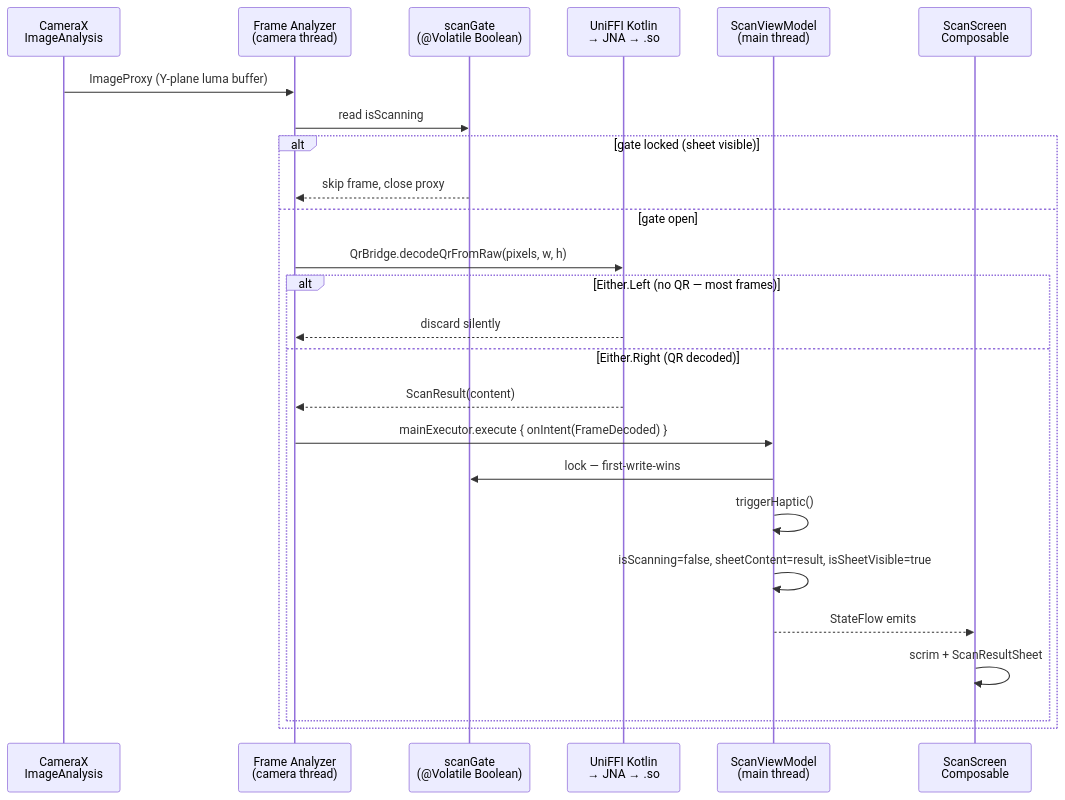
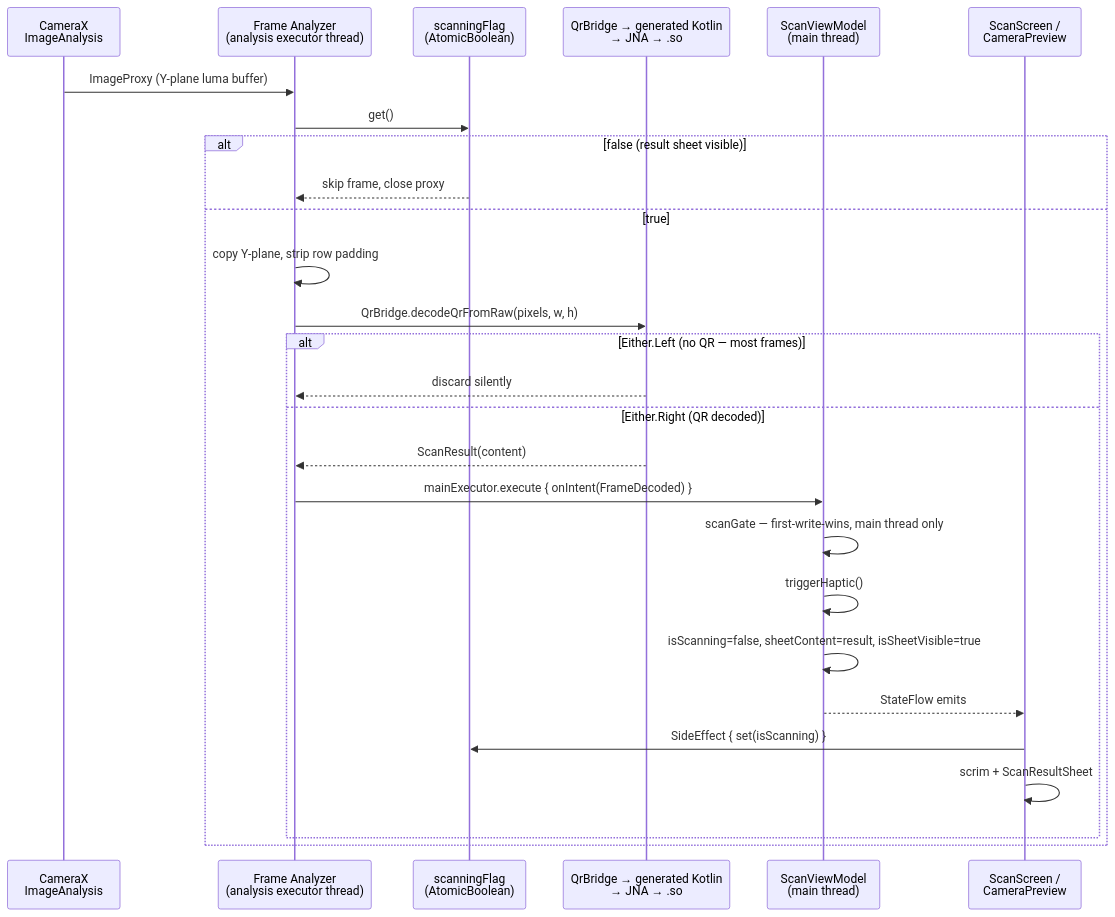
Before and after one commit to prasannajeet/RustyQR: the first of 3 diagrams in composeApp/src/androidMain/README.md, drawn with Mermaid. The commit also changed other lines of this file and 25 other files, not shown here.

````diff
--- a/composeApp/src/androidMain/README.md
+++ b/composeApp/src/androidMain/README.md
@@ -113,28 +138,30 @@
 ```mermaid
 sequenceDiagram
     participant CAM as CameraX<br/>ImageAnalysis
-    participant ANA as Frame Analyzer<br/>(camera thread)
-    participant GATE as scanGate<br/>(@Volatile Boolean)
-    participant JNI as UniFFI Kotlin<br/>→ JNA → .so
+    participant ANA as Frame Analyzer<br/>(analysis executor thread)
+    participant FLAG as scanningFlag<br/>(AtomicBoolean)
+    participant JNI as QrBridge → generated Kotlin<br/>→ JNA → .so
     participant VM as ScanViewModel<br/>(main thread)
-    participant UI as ScanScreen<br/>Composable
+    participant UI as ScanScreen /<br/>CameraPreview
 
     CAM->>ANA: ImageProxy (Y-plane luma buffer)
-    ANA->>GATE: read isScanning
-    alt gate locked (sheet visible)
-        GATE-->>ANA: skip frame, close proxy
-    else gate open
+    ANA->>FLAG: get()
+    alt false (result sheet visible)
+        FLAG-->>ANA: skip frame, close proxy
+    else true
+        ANA->>ANA: copy Y-plane, strip row padding
         ANA->>JNI: QrBridge.decodeQrFromRaw(pixels, w, h)
         alt Either.Left (no QR — most frames)
             JNI-->>ANA: discard silently
         else Either.Right (QR decoded)
             JNI-->>ANA: ScanResult(content)
             ANA->>VM: mainExecutor.execute { onIntent(FrameDecoded) }
-            VM->>GATE: lock — first-write-wins
+            VM->>VM: scanGate — first-write-wins, main thread only
             VM->>VM: triggerHaptic()
             VM->>VM: isScanning=false, sheetContent=result, isSheetVisible=true
             VM-->>UI: StateFlow emits
+            UI->>FLAG: SideEffect { set(isScanning) }
             UI->>UI: scrim + ScanResultSheet
         end
     end
 ```
````
